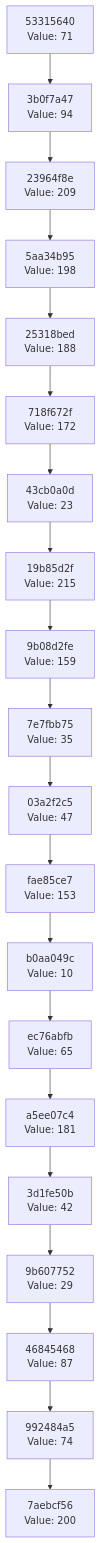
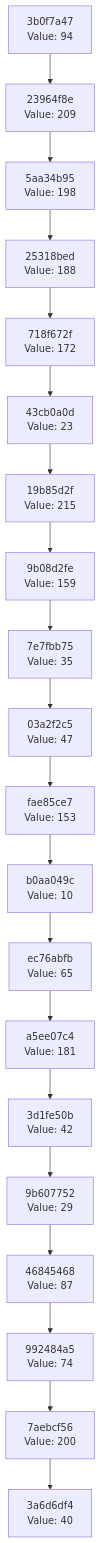
One commit to Abhisheksinha1506/hash-chain-evolver changed the diagram in docs/CHAIN_VISUALIZATION.md. Above: the diagram before and after it, drawn with Mermaid. The commit also changed 2 other files, not shown here.

Commit message:
Evolution step: hash 0x28 → action executed

````diff
--- a/docs/CHAIN_VISUALIZATION.md
+++ b/docs/CHAIN_VISUALIZATION.md
@@ -3,42 +3,42 @@
 ```mermaid
 graph TD
-    C0["7aebcf56<br/>Value: 200"]
-    C1["992484a5<br/>Value: 74"]
+    C0["3a6d6df4<br/>Value: 40"]
+    C1["7aebcf56<br/>Value: 200"]
     C1 --> C0
-    C2["46845468<br/>Value: 87"]
+    C2["992484a5<br/>Value: 74"]
     C2 --> C1
-    C3["9b607752<br/>Value: 29"]
+    C3["46845468<br/>Value: 87"]
     C3 --> C2
-    C4["3d1fe50b<br/>Value: 42"]
+    C4["9b607752<br/>Value: 29"]
     C4 --> C3
-    C5["a5ee07c4<br/>Value: 181"]
+    C5["3d1fe50b<br/>Value: 42"]
     C5 --> C4
-    C6["ec76abfb<br/>Value: 65"]
+    C6["a5ee07c4<br/>Value: 181"]
     C6 --> C5
-    C7["b0aa049c<br/>Value: 10"]
+    C7["ec76abfb<br/>Value: 65"]
     C7 --> C6
-    C8["fae85ce7<br/>Value: 153"]
+    C8["b0aa049c<br/>Value: 10"]
     C8 --> C7
-    C9["03a2f2c5<br/>Value: 47"]
+    C9["fae85ce7<br/>Value: 153"]
     C9 --> C8
-    C10["7e7fbb75<br/>Value: 35"]
+    C10["03a2f2c5<br/>Value: 47"]
     C10 --> C9
-    C11["9b08d2fe<br/>Value: 159"]
+    C11["7e7fbb75<br/>Value: 35"]
     C11 --> C10
-    C12["19b85d2f<br/>Value: 215"]
+    C12["9b08d2fe<br/>Value: 159"]
     C12 --> C11
-    C13["43cb0a0d<br/>Value: 23"]
+    C13["19b85d2f<br/>Value: 215"]
     C13 --> C12
-    C14["718f672f<br/>Value: 172"]
+    C14["43cb0a0d<br/>Value: 23"]
     C14 --> C13
-    C15["25318bed<br/>Value: 188"]
+    C15["718f672f<br/>Value: 172"]
     C15 --> C14
-    C16["5aa34b95<br/>Value: 198"]
+    C16["25318bed<br/>Value: 188"]
     C16 --> C15
-    C17["23964f8e<br/>Value: 209"]
+    C17["5aa34b95<br/>Value: 198"]
     C17 --> C16
-    C18["3b0f7a47<br/>Value: 94"]
+    C18["23964f8e<br/>Value: 209"]
     C18 --> C17
-    C19["53315640<br/>Value: 71"]
+    C19["3b0f7a47<br/>Value: 94"]
     C19 --> C18
 ```
````
